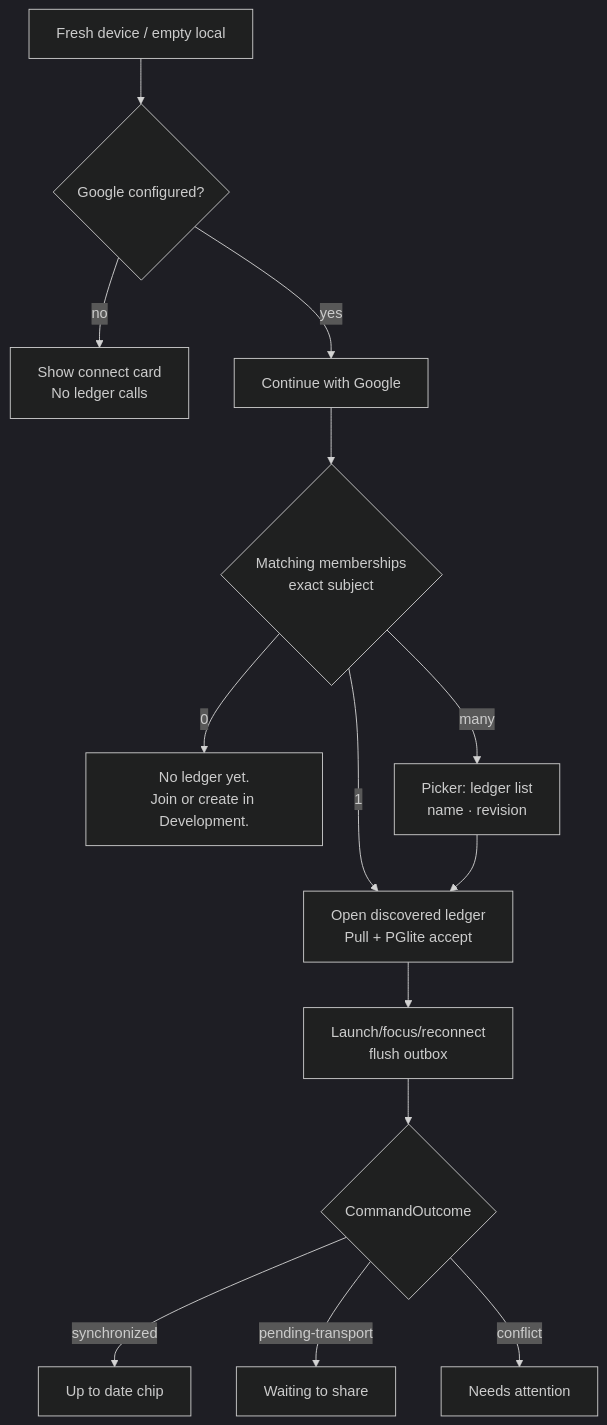
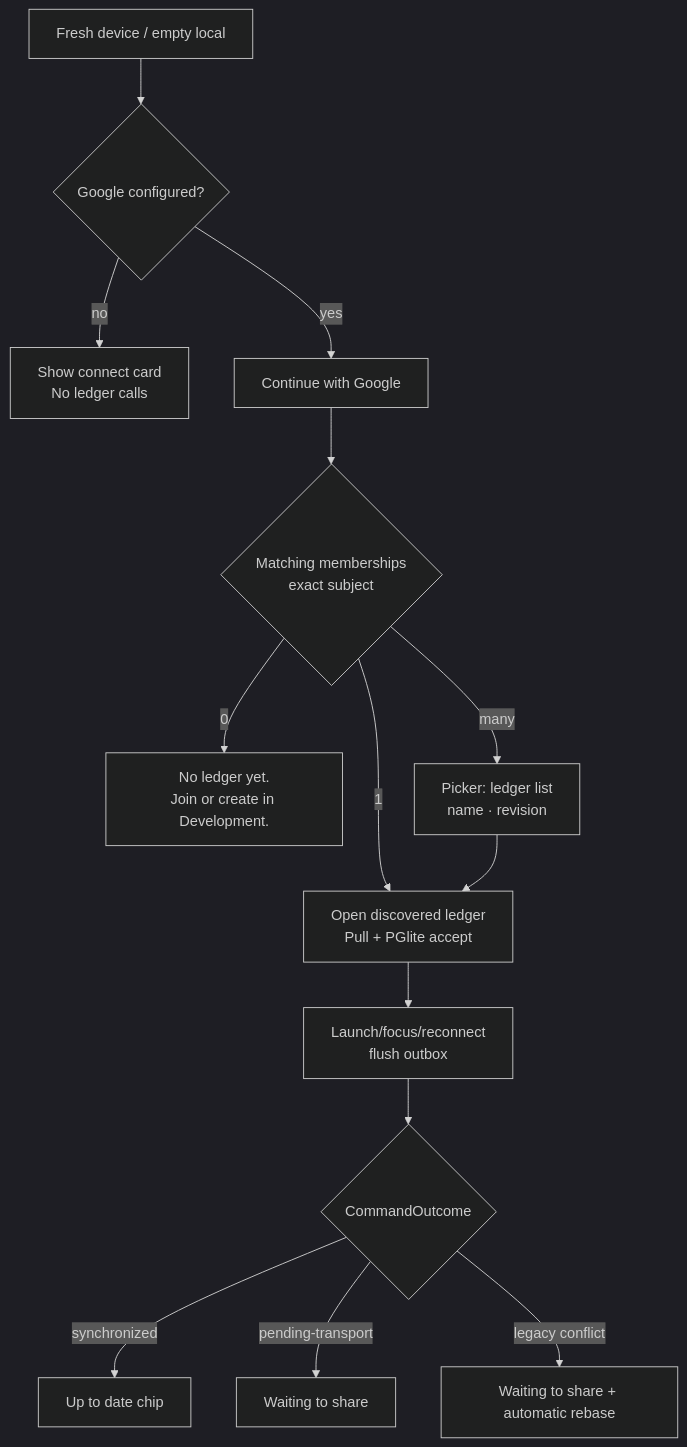
The first of 4 diagrams in docs/CLAUDE_COMMAND_STATES_UX.md (jonathanbeaulne123-blip/dual-ai-budget-app), drawn with Mermaid (dark theme) before and after one commit. The commit also changed other lines of this file and 28 other files, not shown here.

````diff
--- a/docs/CLAUDE_COMMAND_STATES_UX.md
+++ b/docs/CLAUDE_COMMAND_STATES_UX.md
@@ -198,16 +200,16 @@
 ```mermaid
 flowchart TD
   A[Fresh device / empty local] --> B{Google configured?}
   B -->|no| C[Show connect card\nNo ledger calls]
   B -->|yes| D[Continue with Google]
   D --> E{Matching memberships\nexact subject}
   E -->|0| F["No ledger yet.\nJoin or create in Development."]
   E -->|1| G[Open discovered ledger\nPull + PGlite accept]
   E -->|many| H[Picker: ledger list\nname · revision]
   G --> I[Launch/focus/reconnect\nflush outbox]
   H --> G
   I --> J{CommandOutcome}
   J -->|synchronized| K[Up to date chip]
   J -->|pending-transport| L[Waiting to share]
-  J -->|conflict| M[Needs attention]
+  J -->|legacy conflict| M[Waiting to share + automatic rebase]
 ```
````
